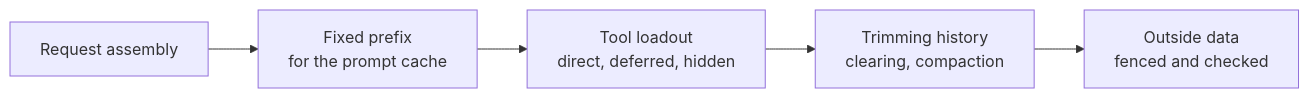
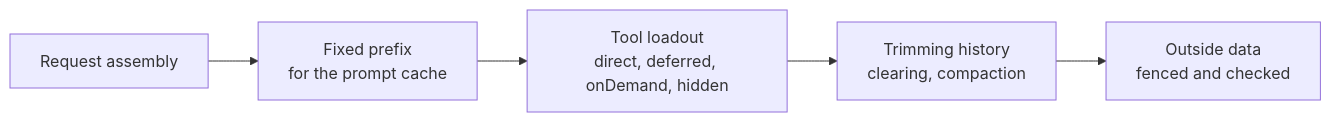
The first of 8 diagrams in packages/coding-agent/docs/harness-flows.md (bgauryy/octocode-coding-agent), drawn with Mermaid before and after one commit. The commit also changed other lines of this file and 2785 other files, not shown here.

````diff
--- a/packages/coding-agent/docs/harness-flows.md
+++ b/packages/coding-agent/docs/harness-flows.md
@@ -5,7 +5,7 @@
 ```mermaid
 flowchart LR
     A["Request assembly"] --> B["Fixed prefix<br/>for the prompt cache"]
-    B --> C["Tool loadout<br/>direct, deferred, hidden"]
+    B --> C["Tool loadout<br/>direct, deferred, onDemand, hidden"]
     C --> D["Trimming history<br/>clearing, compaction"]
     D --> E["Outside data<br/>fenced and checked"]
 ```
````
